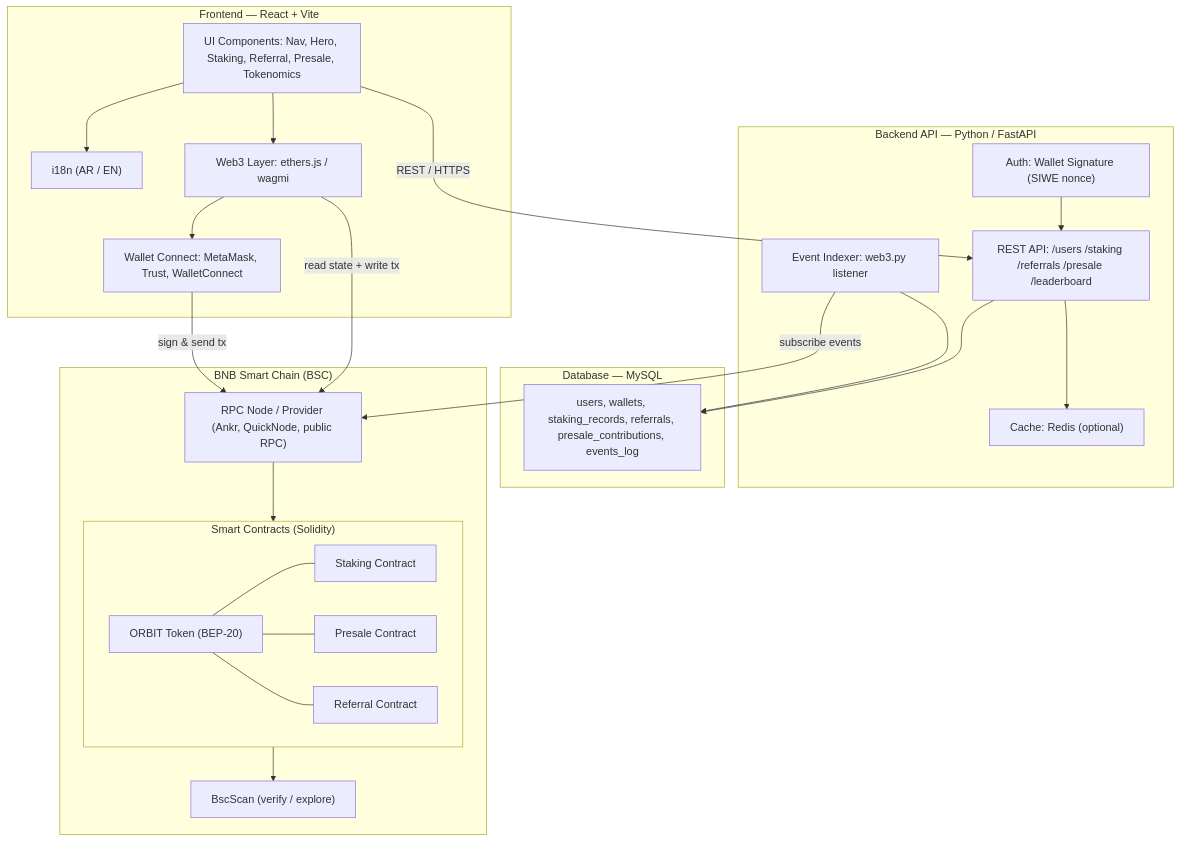
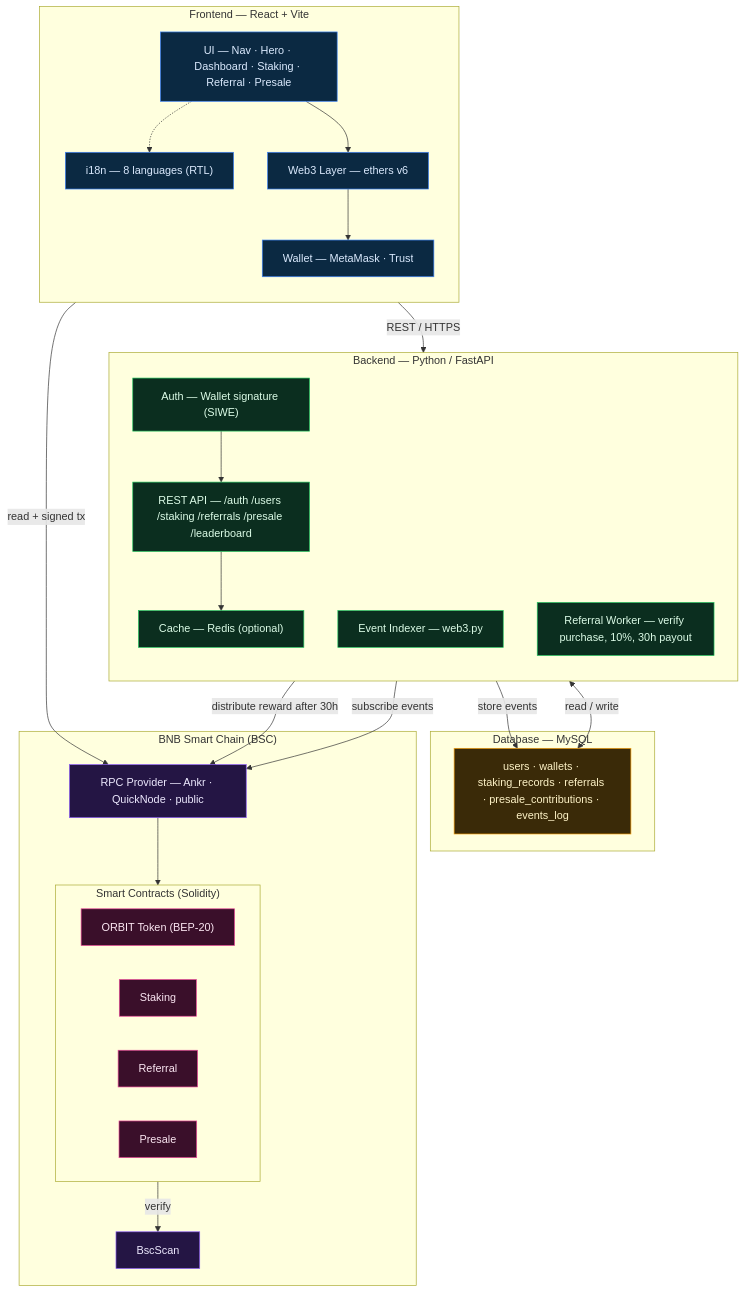
Before and after one commit to Mohamedhassanofficial/Orbit: the diagram in ARCHITECTURE.md, drawn with Mermaid. The commit also changed other lines of this file and 2 other files, not shown here.

Commit message:
docs: improve architecture diagram + refresh ARCHITECTURE.md
Cleaner, color-coded Mermaid (no overlapping arrows); add the Referral Worker and the
30h distributor payout flow; update stale labels (8 languages, ethers v6) and the
intro to reflect the now-complete full stack. Regenerate the PNG via mermaid-cli and
add the .mmd source.

````diff
--- a/ARCHITECTURE.md
+++ b/ARCHITECTURE.md
@@ -15,44 +16,55 @@
 ```mermaid
 flowchart TB
   subgraph Client["Frontend — React + Vite"]
-    UI["UI Components: Nav, Hero, Staking, Referral, Presale, Tokenomics"]
-    I18N["i18n (AR / EN)"]
-    WEB3["Web3 Layer: ethers.js / wagmi"]
-    WALLET["Wallet Connect: MetaMask, Trust, WalletConnect"]
+    direction TB
+    UI["UI — Nav · Hero · Dashboard · Staking · Referral · Presale"]
+    I18N["i18n — 8 languages (RTL)"]
+    WEB3["Web3 Layer — ethers v6"]
+    WALLET["Wallet — MetaMask · Trust"]
   end
-  subgraph Backend["Backend API — Python / FastAPI"]
-    REST["REST API: /users /staking /referrals /presale /leaderboard"]
-    AUTH["Auth: Wallet Signature (SIWE nonce)"]
-    INDEXER["Event Indexer: web3.py listener"]
-    CACHE["Cache: Redis (optional)"]
+  subgraph Backend["Backend — Python / FastAPI"]
+    direction TB
+    REST["REST API — /auth /users /staking /referrals /presale /leaderboard"]
+    AUTH["Auth — Wallet signature (SIWE)"]
+    INDEXER["Event Indexer — web3.py"]
+    WORKER["Referral Worker — verify purchase, 10%, 30h payout"]
+    CACHE["Cache — Redis (optional)"]
   end
   subgraph DB["Database — MySQL"]
-    TABLES["users, wallets, staking_records, referrals, presale_contributions, events_log"]
+    TABLES["users · wallets · staking_records · referrals · presale_contributions · events_log"]
   end
   subgraph Chain["BNB Smart Chain (BSC)"]
-    RPC["RPC Node / Provider (Ankr, QuickNode, public RPC)"]
+    RPC["RPC Provider — Ankr · QuickNode · public"]
     subgraph Contracts["Smart Contracts (Solidity)"]
       TOKEN["ORBIT Token (BEP-20)"]
-      STK["Staking Contract"]
-      PRE["Presale Contract"]
-      REF["Referral Contract"]
+      STK["Staking"]
+      REF["Referral"]
+      PRE["Presale"]
     end
-    SCAN["BscScan (verify / explore)"]
+    SCAN["BscScan"]
   end
-  UI --> I18N
+  UI -.-> I18N
   UI --> WEB3
   WEB3 --> WALLET
   UI -->|REST / HTTPS| REST
-  WEB3 -->|read state + write tx| RPC
-  WALLET -->|sign & send tx| RPC
   AUTH --> REST
   REST --> CACHE
-  REST --> TABLES
+  REST <-->|read / write| TABLES
+  WEB3 -->|read + signed tx| RPC
   INDEXER -->|subscribe events| RPC
-  INDEXER --> TABLES
+  INDEXER -->|store events| TABLES
+  WORKER -->|distribute reward after 30h| RPC
   RPC --> Contracts
-  TOKEN --- STK
-  TOKEN --- PRE
-  TOKEN --- REF
-  Contracts --> SCAN
+  Contracts -->|verify| SCAN
+
+  classDef fe fill:#0b2942,stroke:#3b82f6,color:#dbeafe;
+  classDef be fill:#0b2e1f,stroke:#22c55e,color:#dcfce7;
+  classDef db fill:#3a2a08,stroke:#f59e0b,color:#fef3c7;
+  classDef ch fill:#241544,stroke:#8b5cf6,color:#ede9fe;
+  classDef ct fill:#3a0f2a,stroke:#ec4899,color:#fce7f3;
+  class UI,I18N,WEB3,WALLET fe;
+  class REST,AUTH,INDEXER,WORKER,CACHE be;
+  class TABLES db;
+  class RPC,SCAN ch;
+  class TOKEN,STK,REF,PRE ct;
 ```
````
